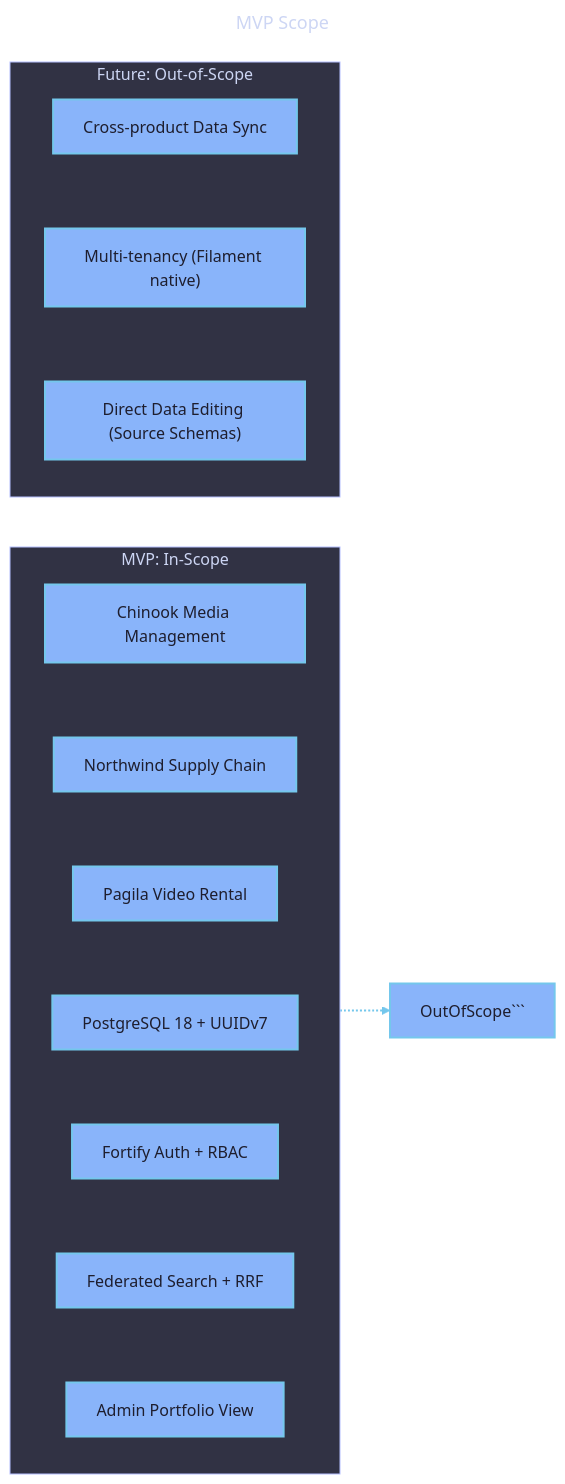
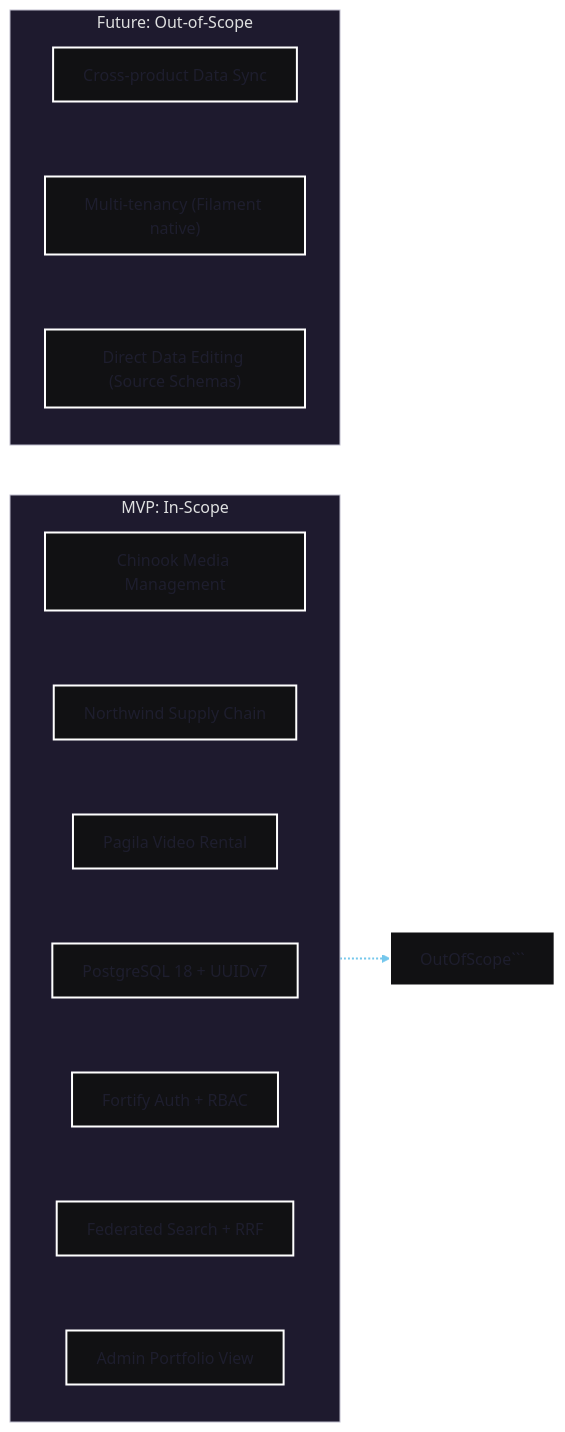
The diagram in docs/06-requirements/0611-traceability-matrix.md (s-a-c/samples-20260717), drawn with Mermaid before and after one commit. The commit also changed other lines of this file and 2157 other files, not shown here.

`````diff
--- a/docs/06-requirements/0611-traceability-matrix.md
+++ b/docs/06-requirements/0611-traceability-matrix.md
@@ -54,58 +53,38 @@
 ````mermaid
 ---
-title: MVP Scope
 config:
   theme: redux-dark-color
   themeVariables:
     background: "#1e1e2e"
     primaryColor: "#89b4fa"
     primaryTextColor: "#1e1e2e"
     primaryBorderColor: "#74c7ec"
     lineColor: "#74c7ec"
-    secondaryColor: "#cba6f7"
-    secondaryTextColor: "#1e1e2e"
-    secondaryBorderColor: "#b4befe"
-    tertiaryColor: "#94e2d5"
-    tertiaryTextColor: "#1e1e2e"
-    tertiaryBorderColor: "#89dceb"
-    mainBkg: "#89b4fa"
-    secondBkg: "#cba6f7"
-    tertiaryBkg: "#94e2d5"
     textColor: "#cdd6f4"
-    nodeBorder: "#74c7ec"
-    clusterBkg: "#313244"
-    clusterBorder: "#b4befe"
-    edgeLabelBackground: "#1e1e2e"
-    titleColor: "#cdd6f4"
     fontSize: 16px
-  themeCSS: |
-    .node rect, .node circle, .node ellipse, .node polygon, .node path { stroke-width: 2px !important; }
-    .edgePath .path { stroke-width: 2px !important; }
-    .label { font-weight: bold !important; }
-    .edgeLabel { background-color: #1e1e2e !important; }
 ---
 flowchart LR
     subgraph InScope["MVP: In-Scope"]
         direction TB
         P1["Chinook Media Management"]
         P2["Northwind Supply Chain"]
         P3["Pagila Video Rental"]
         Infra["PostgreSQL 18 + UUIDv7"]
         Auth["Fortify Auth + RBAC"]
         Search["Federated Search + RRF"]
         Admin["Admin Portfolio View"]
 
         P1 ~~~ P2 ~~~ P3 ~~~ Infra ~~~ Auth ~~~ Search ~~~ Admin
     end
 
     subgraph OutOfScope["Future: Out-of-Scope"]
         direction TB
         E1["Cross-product Data Sync"]
         E2["Multi-tenancy (Filament native)"]
         E3["Direct Data Editing (Source Schemas)"]
 
         E1 ~~~ E2 ~~~ E3
     end
 
     InScope -.-> OutOfScope```
 ````
`````
